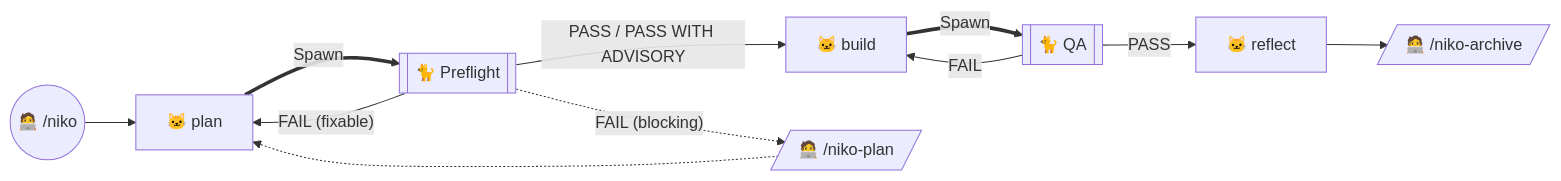
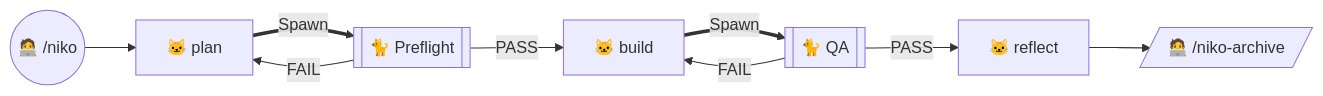
One commit to Texarkanine/.cursor-rules changed the first of 6 diagrams in rulesets/niko/README.md. Above: the diagram before and after it, drawn with Mermaid. The commit also changed other lines of this file and 1 other file, not shown here.

Commit message:
fix(docs): README charts and level3 chart

````diff
--- a/rulesets/niko/README.md
+++ b/rulesets/niko/README.md
@@ -68,13 +68,19 @@
 ```mermaid
 graph LR
-	Start(("🧑‍💻 /niko")) --> NikoPlan["🐱 plan"]
-	NikoPlan ==Spawn==> NikoPreflight[["🐈 Preflight"]]
-	NikoPreflight -->|"PASS / PASS WITH ADVISORY"| NikoBuild["🐱 build"]
-	NikoPreflight -->|"FAIL (fixable)"| NikoPlan
-	NikoPreflight -.->|"FAIL (blocking)"| ManualPlan[/"🧑‍💻 /niko-plan"/]
+	Start(("🧑‍💻 /niko"))
+    NikoPlan["🐱 plan"]
+    NikoPreflight[["🐈 Preflight"]]
+    NikoBuild["🐱 build"]
+    NikoReflect["🐱 reflect"]
+    ManualArchive[/"🧑‍💻 /niko-archive"/]
+    
+    Start --> NikoPlan
+	NikoPlan ==Spawn==> NikoPreflight
+	NikoPreflight -->|"PASS"| NikoBuild
+	NikoPreflight -->|"FAIL"| NikoPlan
 	NikoBuild ==Spawn==> NikoQA[["🐈 QA"]]
-	NikoQA -->|"PASS"| NikoReflect["🐱 reflect"]
-	NikoReflect --> ManualArchive[/"🧑‍💻 /niko-archive"/]
+	NikoQA -->|"PASS"| NikoReflect
+	NikoReflect --> ManualArchive
 	NikoQA -->|"FAIL"| NikoBuild
-	ManualPlan -.-> NikoPlan
+
 ```
````
